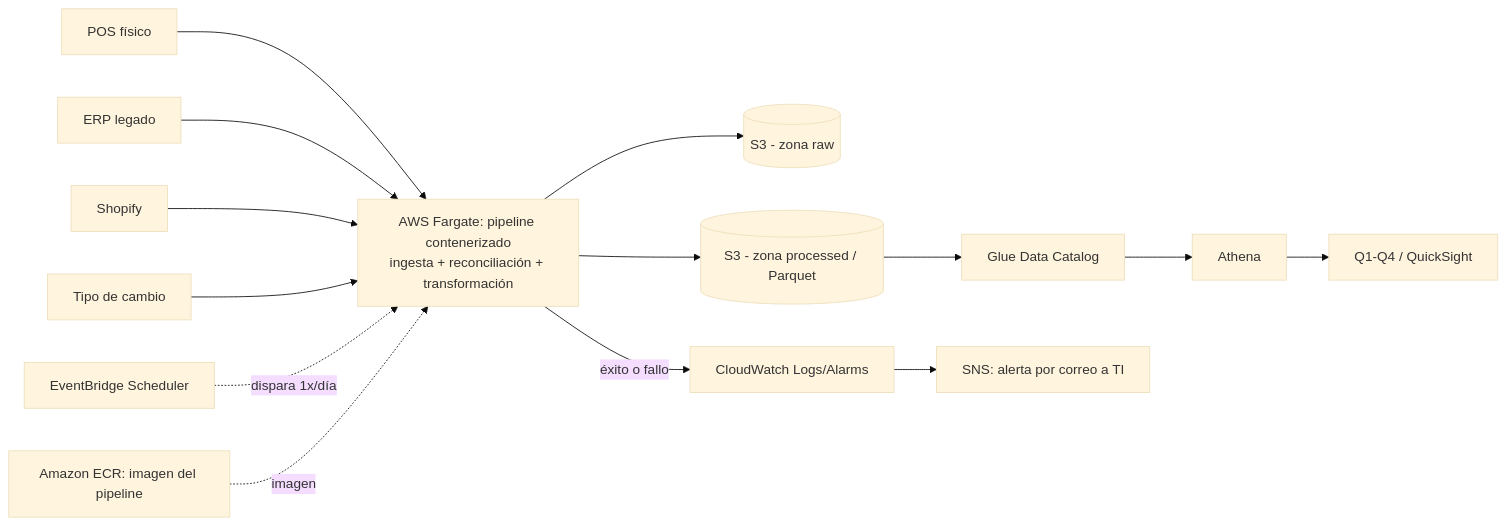
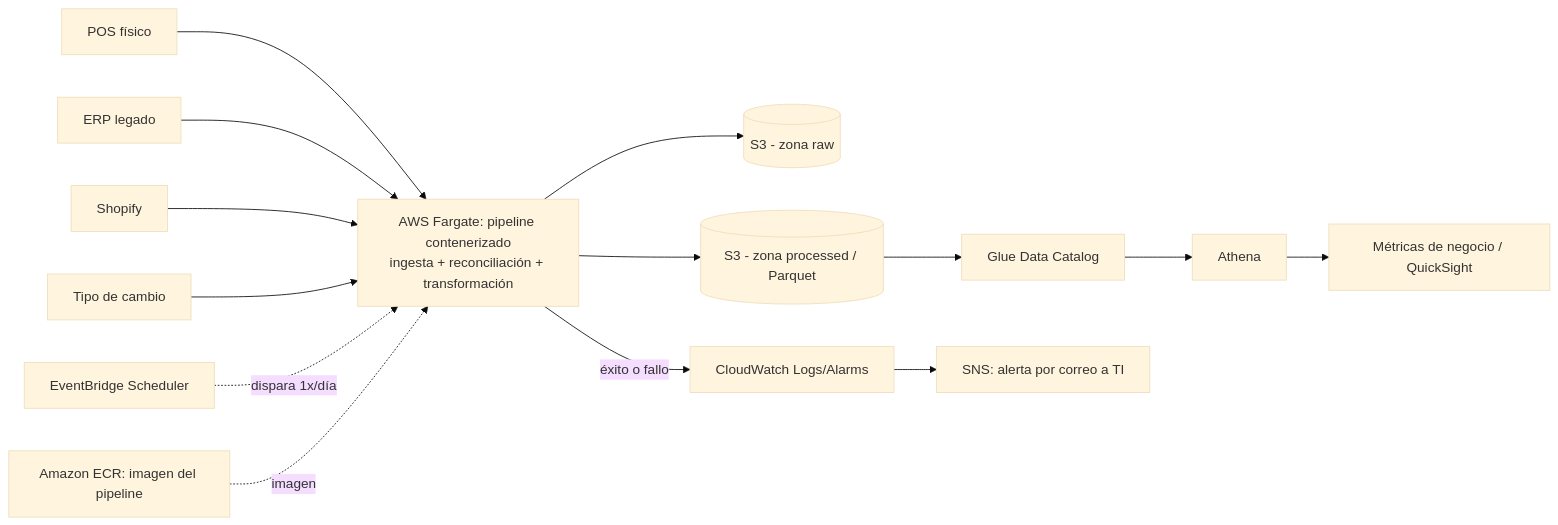
The diagram in docs/aws_proposal.md (Gerico90/cafenorte-data-challenge), drawn with Mermaid (base theme) before and after one commit. The commit also changed other lines of this file and 4 other files, not shown here.

````diff
--- a/docs/aws_proposal.md
+++ b/docs/aws_proposal.md
@@ -15,16 +13,16 @@
 ```mermaid
 flowchart LR
     A1[POS físico] --> ING
     A2[ERP legado] --> ING
     A3[Shopify] --> ING
     A4[Tipo de cambio] --> ING
     SCH[EventBridge Scheduler] -. dispara 1x/día .-> ING
     ECR[Amazon ECR: imagen del pipeline] -. imagen .-> ING
     ING[AWS Fargate: pipeline contenerizado\ningesta + reconciliación + transformación] --> RAW[(S3 - zona raw)]
     ING --> PROC[(S3 - zona processed / Parquet)]
     PROC --> CAT[Glue Data Catalog]
     CAT --> ATH[Athena]
-    ATH --> BI[Q1-Q4 / QuickSight]
+    ATH --> BI[Métricas de negocio / QuickSight]
     ING -->|éxito o fallo| CW[CloudWatch Logs/Alarms]
     CW --> SNS[SNS: alerta por correo a TI]
 ```
````
